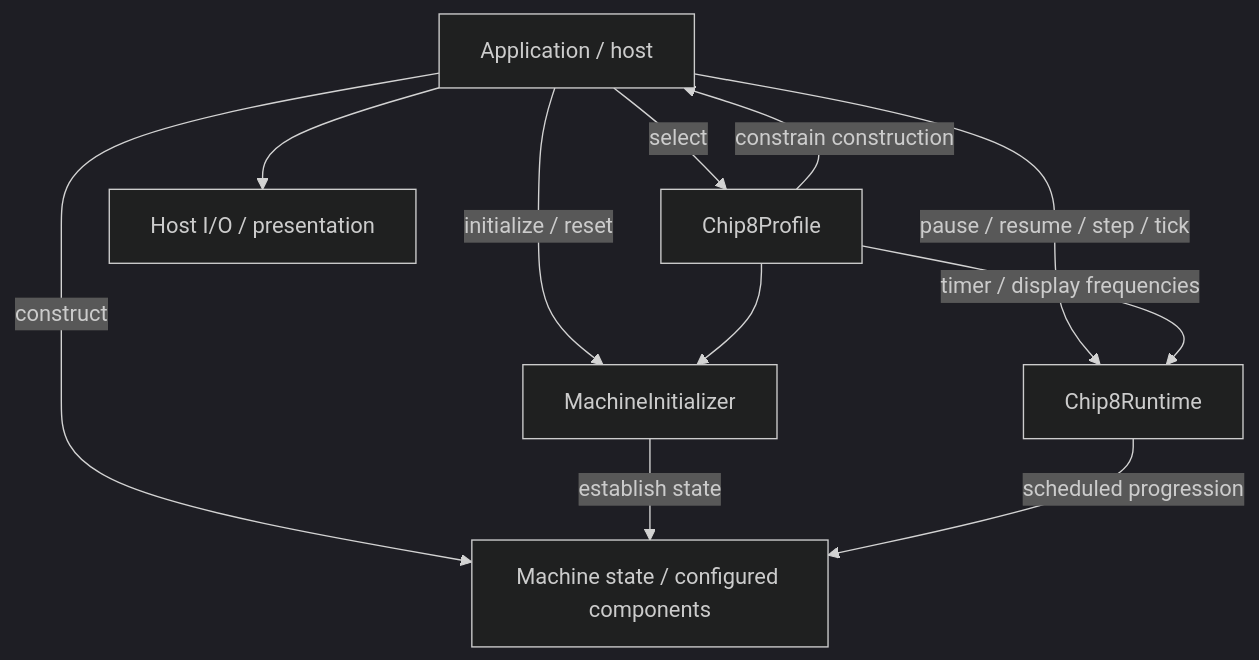
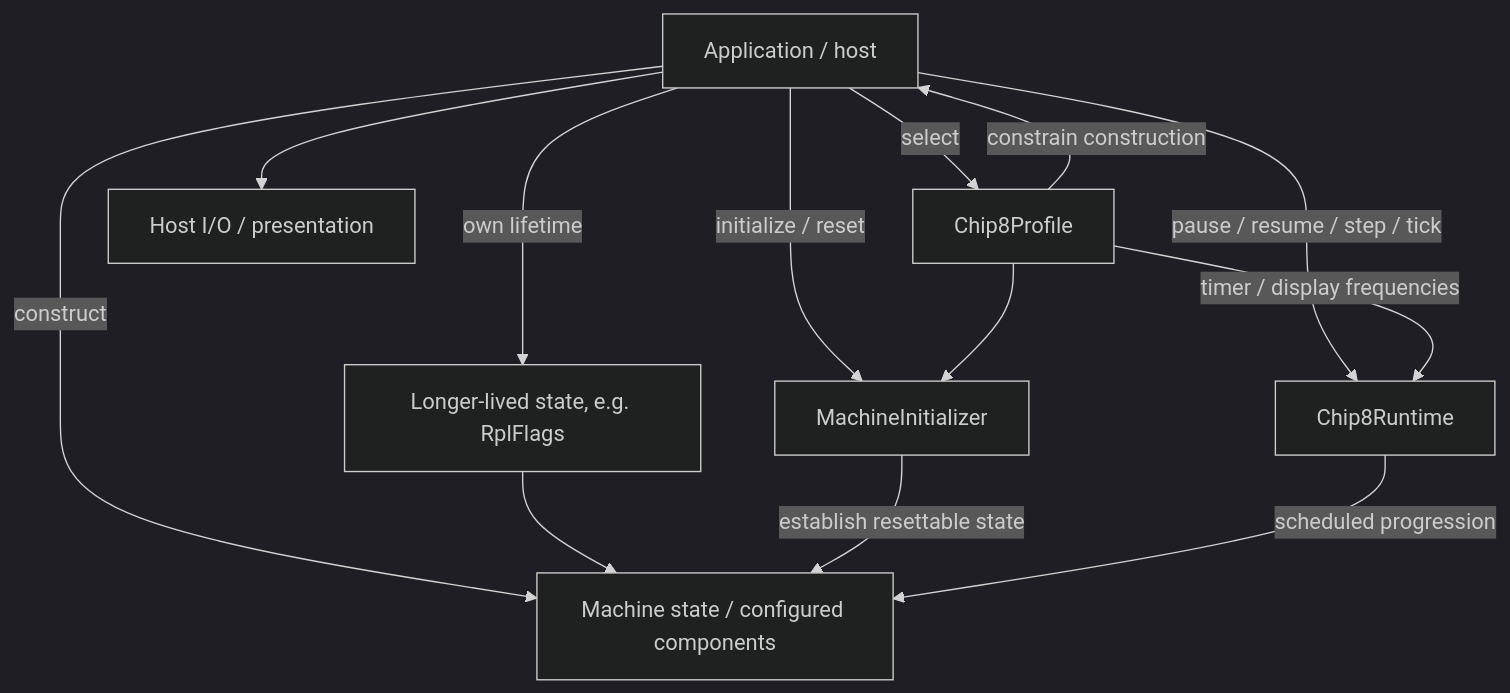
The third of 3 diagrams in docs/architecture/machine-lifecycle.md (fa-ribeiro/Chip8NX), drawn with Mermaid (dark theme) before and after one commit. The commit also changed other lines of this file and 81 other files, not shown here.

````diff
--- a/docs/architecture/machine-lifecycle.md
+++ b/docs/architecture/machine-lifecycle.md
@@ -489,24 +575,27 @@
 ```mermaid
 flowchart TD
     Host["Application / host"]
     Profile["Chip8Profile"]
     Init["MachineInitializer"]
     Runtime["Chip8Runtime"]
     State["Machine state / configured components"]
+    Persistent["Longer-lived state, e.g. RplFlags"]
     IO["Host I/O / presentation"]
 
     Host -->|"select"| Profile
     Profile -->|"constrain construction"| Host
 
     Host -->|"construct"| State
+    Host -->|"own lifetime"| Persistent
+    Persistent --> State
 
     Host -->|"initialize / reset"| Init
     Profile --> Init
-    Init -->|"establish state"| State
+    Init -->|"establish resettable state"| State
 
     Host -->|"pause / resume / step / tick"| Runtime
     Profile -->|"timer / display frequencies"| Runtime
     Runtime -->|"scheduled progression"| State
 
     Host --> IO
 ```
````
